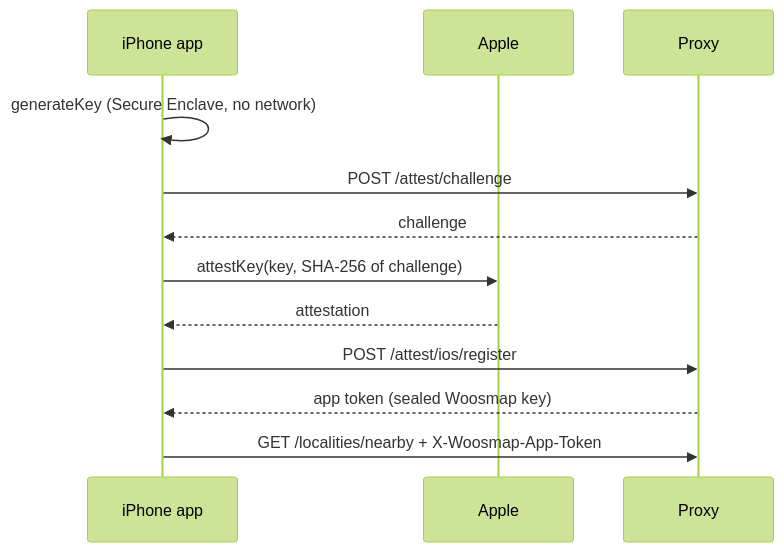
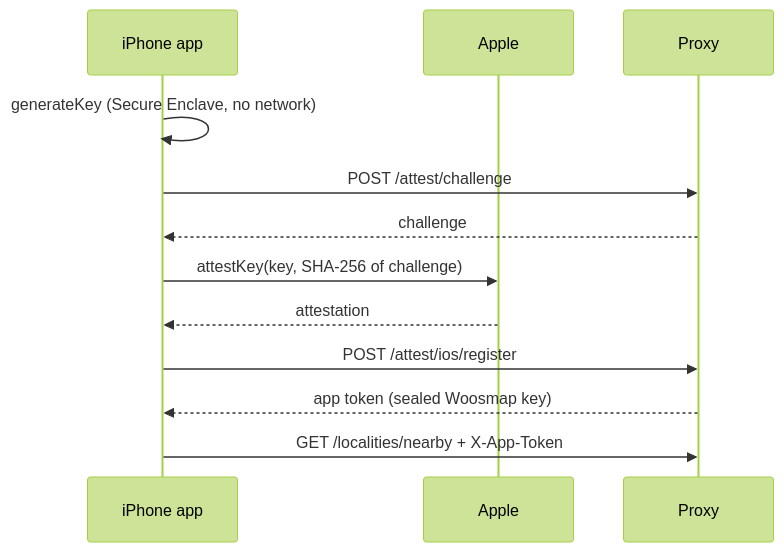
One commit to sameerdhulap/attestation changed the second of 3 diagrams in docs/architecture.md. Above: the diagram before and after it, drawn with Mermaid (forest theme). The commit also changed 10 other files, not shown here.

First line of the commit message:
Rename the app token header to X-App-Token and document it in ReDoc

````diff
--- a/docs/architecture.md
+++ b/docs/architecture.md
@@ -85,14 +85,14 @@
 ```mermaid
 sequenceDiagram
     participant App as iPhone app
     participant Apple
     participant Proxy
     App->>App: generateKey (Secure Enclave, no network)
     App->>Proxy: POST /attest/challenge
     Proxy-->>App: challenge
     App->>Apple: attestKey(key, SHA-256 of challenge)
     Apple-->>App: attestation
     App->>Proxy: POST /attest/ios/register
     Proxy-->>App: app token (sealed Woosmap key)
-    App->>Proxy: GET /localities/nearby + X-Woosmap-App-Token
+    App->>Proxy: GET /localities/nearby + X-App-Token
 ```
````
